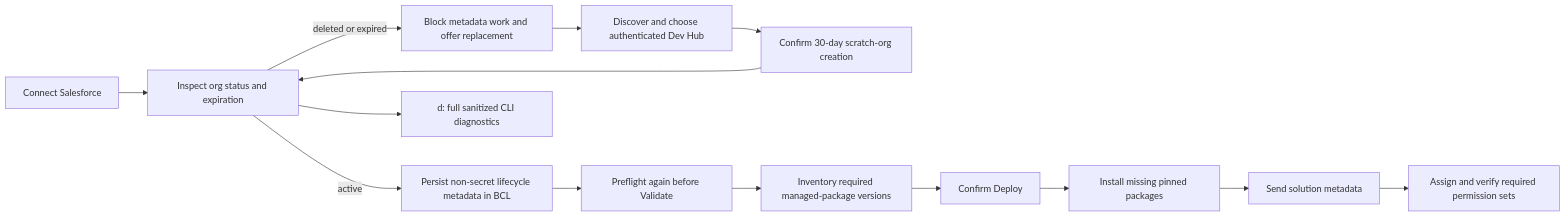
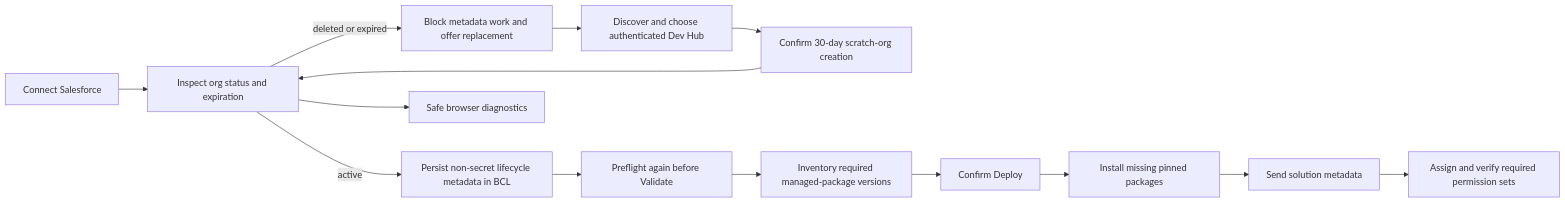
The diagram in README.md (unofficialbox/box-dispatch), drawn with Mermaid before and after one commit. The commit also changed other lines of this file and 37 other files, not shown here.

````diff
--- a/README.md
+++ b/README.md
@@ -210,16 +218,16 @@
 ```mermaid
 flowchart LR
     A["Connect Salesforce"] --> B["Inspect org status and expiration"]
     B -->|"active"| C["Persist non-secret lifecycle metadata in BCL"]
     B -->|"deleted or expired"| D["Block metadata work and offer replacement"]
     D --> E["Discover and choose authenticated Dev Hub"]
     E --> F1["Confirm 30-day scratch-org creation"]
     F1 --> B
     C --> F["Preflight again before Validate"]
     F --> G["Inventory required managed-package versions"]
     G --> H1["Confirm Deploy"]
     H1 --> I["Install missing pinned packages"]
     I --> J["Send solution metadata"]
     J --> K["Assign and verify required permission sets"]
-    B --> H["d: full sanitized CLI diagnostics"]
+    B --> H["Safe browser diagnostics"]
 ```
````
